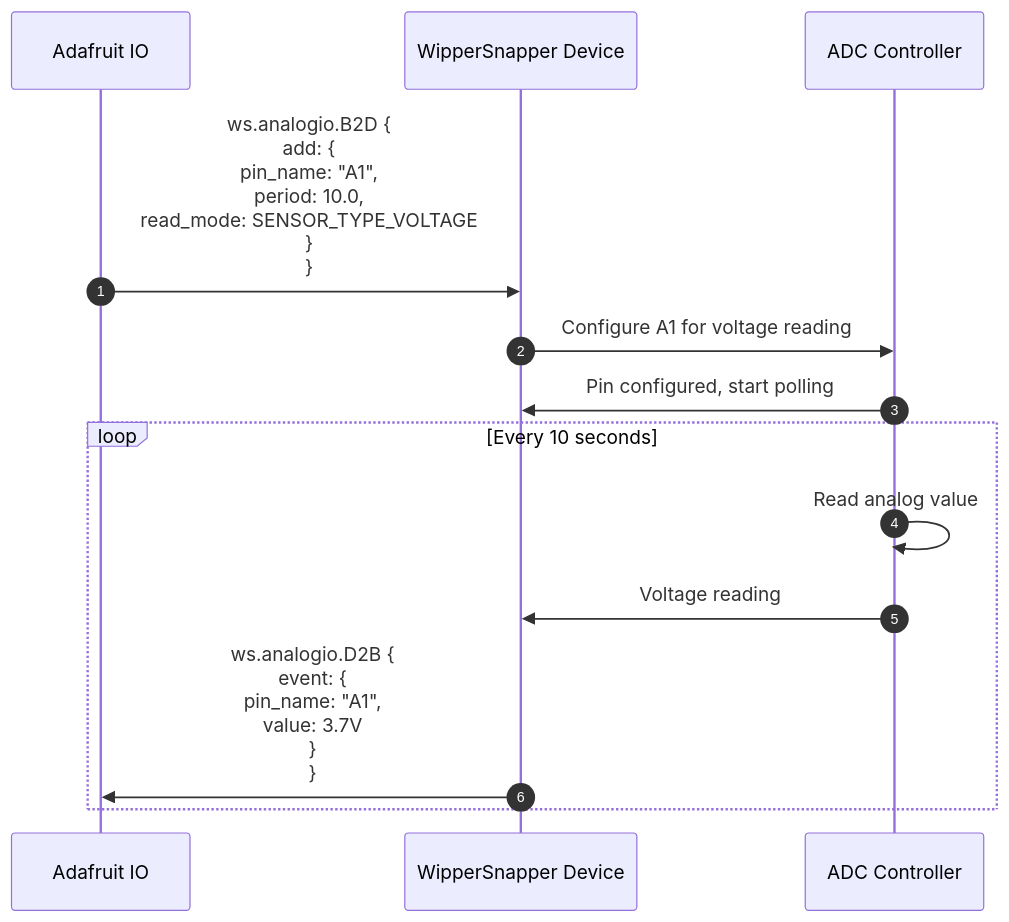
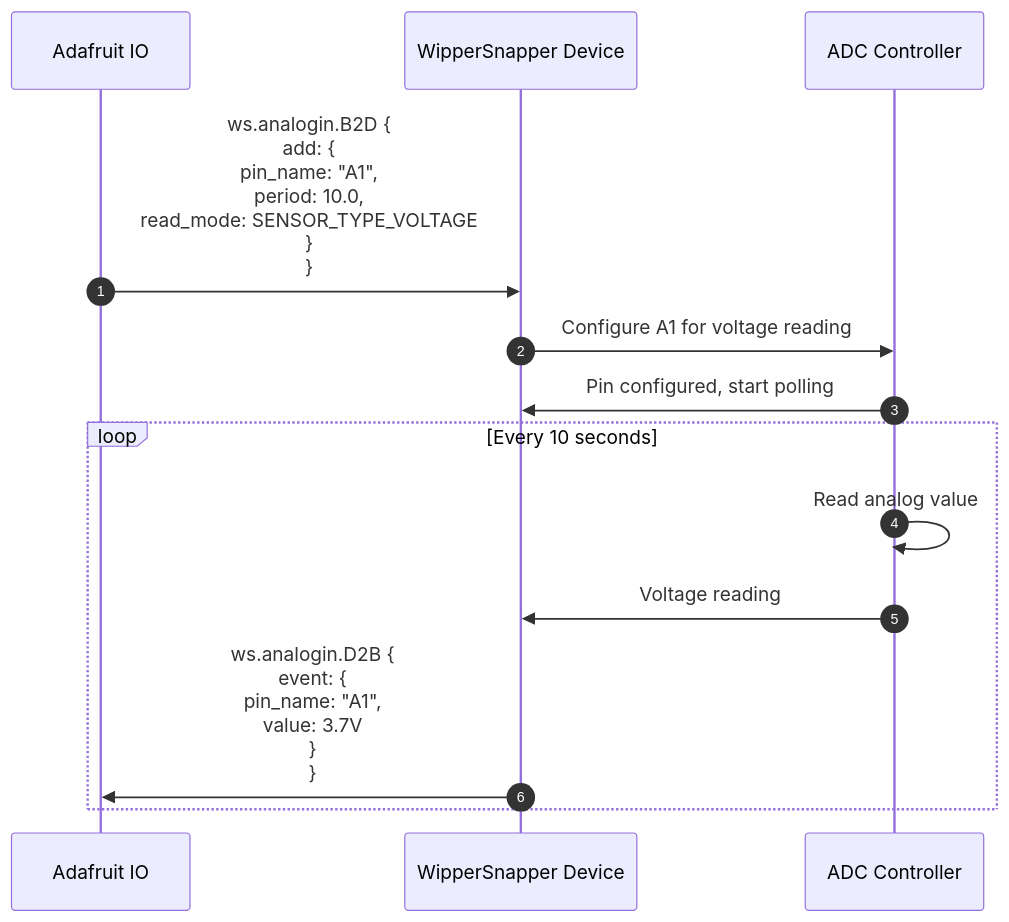
The fourth of 13 diagrams in proto/wippersnapper/docs/wippersnapper_device_overview.md (adafruit/Wippersnapper_Protobuf), drawn with Mermaid before and after one commit. The commit also changed other lines of this file and 8 other files, not shown here.

````diff
--- a/proto/wippersnapper/docs/wippersnapper_device_overview.md
+++ b/proto/wippersnapper/docs/wippersnapper_device_overview.md
@@ -313,18 +313,18 @@
 ```mermaid
 sequenceDiagram
 autonumber
 participant IO as Adafruit IO
 participant Device as WipperSnapper Device
 participant ADC as ADC Controller
 
-IO->>Device: ws.analogio.B2D {<br/>  add: {<br/>    pin_name: "A1",<br/>    period: 10.0,<br/>    read_mode: SENSOR_TYPE_VOLTAGE<br/>  }<br/>}
+IO->>Device: ws.analogin.B2D {<br/>  add: {<br/>    pin_name: "A1",<br/>    period: 10.0,<br/>    read_mode: SENSOR_TYPE_VOLTAGE<br/>  }<br/>}
 
 Device->>ADC: Configure A1 for voltage reading
 ADC->>Device: Pin configured, start polling
 
 loop Every 10 seconds
     ADC->>ADC: Read analog value
     ADC->>Device: Voltage reading
-    Device->>IO: ws.analogio.D2B {<br/>  event: {<br/>    pin_name: "A1",<br/>    value: 3.7V<br/>  }<br/>}
+    Device->>IO: ws.analogin.D2B {<br/>  event: {<br/>    pin_name: "A1",<br/>    value: 3.7V<br/>  }<br/>}
 end
 ```
````
